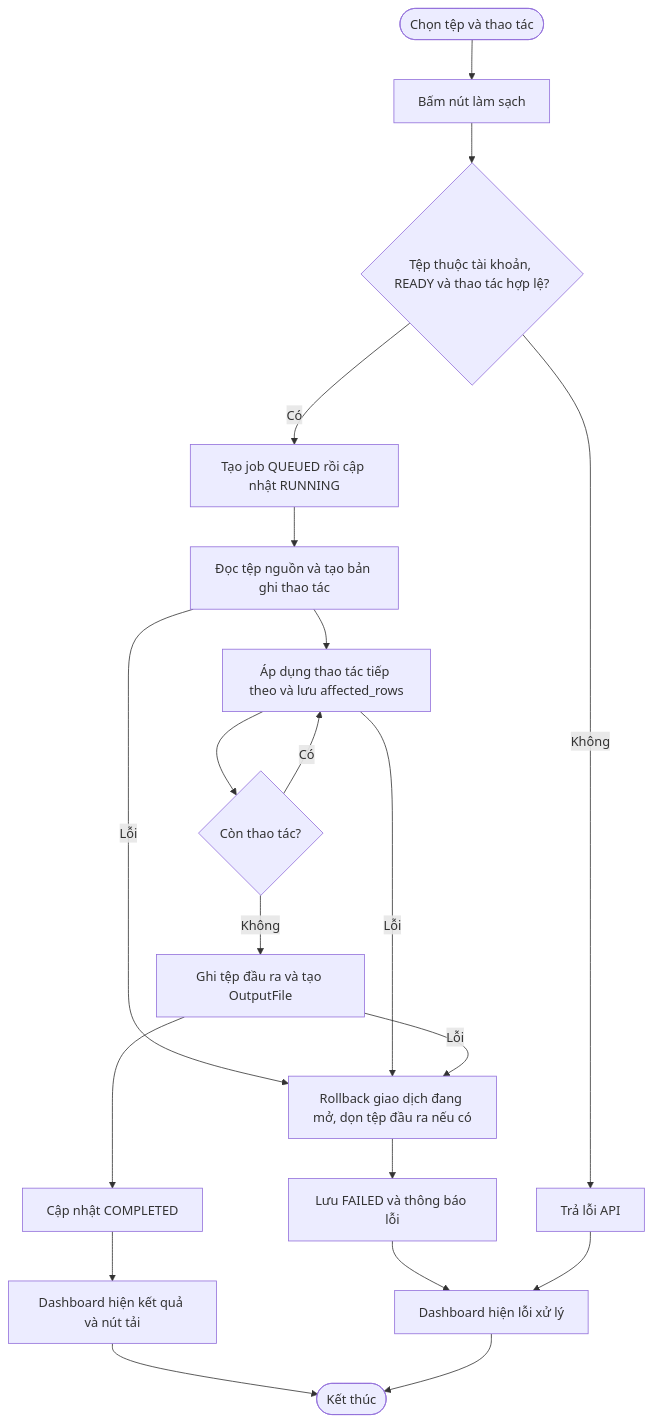
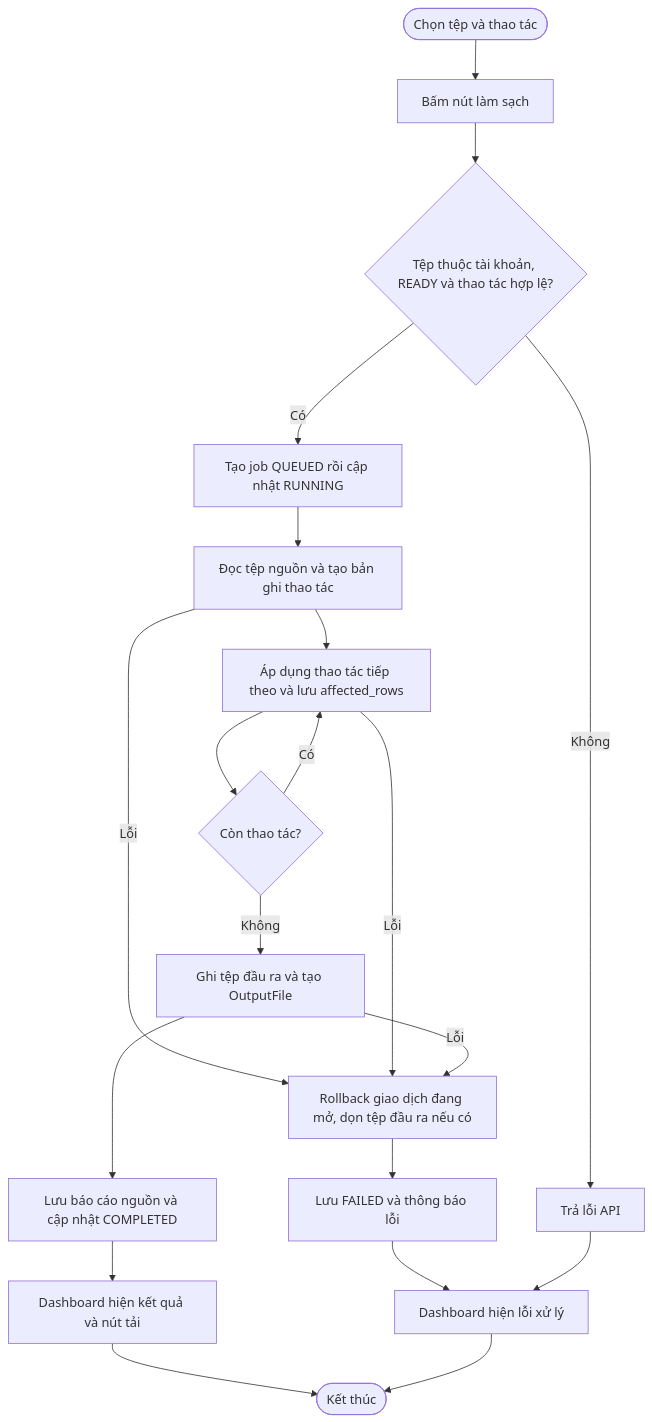
One commit to tuoicaominh/DATA-CLEANING-AND-ANALYSIS- changed diagram 11 of 24 in docs/diagrams/So-do-activity-va-sequence.md. Above: the diagram before and after it, drawn with Mermaid. The commit also changed other lines of this file and 5 other files, not shown here.

First line of the commit message:
Style: thiết kế lại trang Phân tích và cập nhật tài liệu dự án

````diff
--- a/docs/diagrams/So-do-activity-va-sequence.md
+++ b/docs/diagrams/So-do-activity-va-sequence.md
@@ -268,22 +284,22 @@
 ```mermaid
 flowchart TD
     A([Chọn tệp và thao tác]) --> B["Bấm nút làm sạch"]
     B --> C{"Tệp thuộc tài khoản, READY và thao tác hợp lệ?"}
     C -- Không --> D["Trả lỗi API"]
     C -- Có --> E["Tạo job QUEUED rồi cập nhật RUNNING"]
     E --> F["Đọc tệp nguồn và tạo bản ghi thao tác"]
     F --> G["Áp dụng thao tác tiếp theo và lưu affected_rows"]
     G --> H{"Còn thao tác?"}
     H -- Có --> G
     H -- Không --> I["Ghi tệp đầu ra và tạo OutputFile"]
-    I --> J["Cập nhật COMPLETED"]
+    I --> J["Lưu báo cáo nguồn và cập nhật COMPLETED"]
     F -- Lỗi --> K["Rollback giao dịch đang mở, dọn tệp đầu ra nếu có"]
     G -- Lỗi --> K
     I -- Lỗi --> K
     K --> L["Lưu FAILED và thông báo lỗi"]
     J --> M["Dashboard hiện kết quả và nút tải"]
     L --> N["Dashboard hiện lỗi xử lý"]
     D --> N
     M --> O([Kết thúc])
     N --> O
 ```
````
